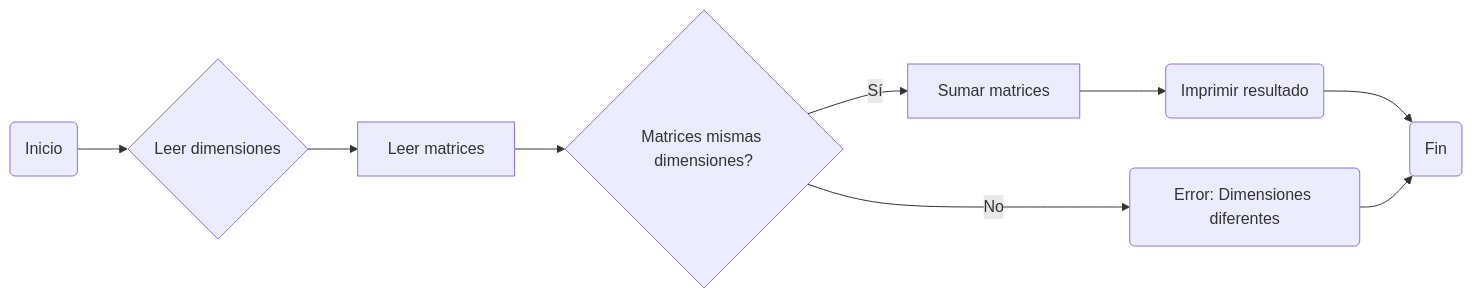
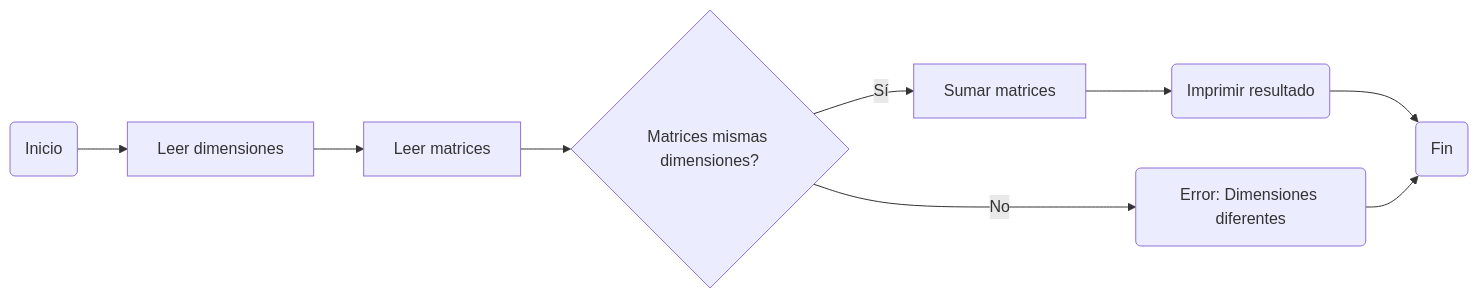
Before and after one commit to alejandrorojassg/11th_repo: the diagram in README.md, drawn with Mermaid.

````diff
--- a/README.md
+++ b/README.md
@@ -9,11 +9,11 @@
 ```mermaid
 flowchart LR
-    A(Inicio) --> B{Leer dimensiones}
+    A(Inicio) --> B[Leer dimensiones]
     B --> C[Leer matrices]
     C --> D{Matrices mismas dimensiones?}
     D -- Sí --> E[Sumar matrices]
     D -- No --> F(Error: Dimensiones diferentes)
     E --> G(Imprimir resultado)
     G --> H(Fin)
     F --> H
 ```
````
